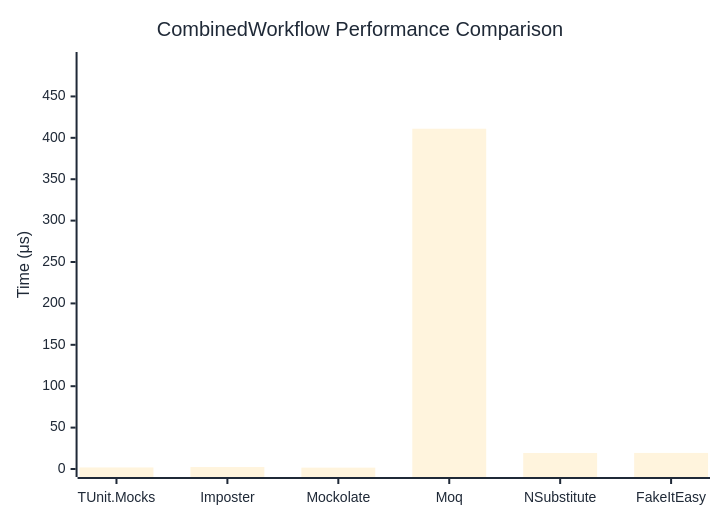
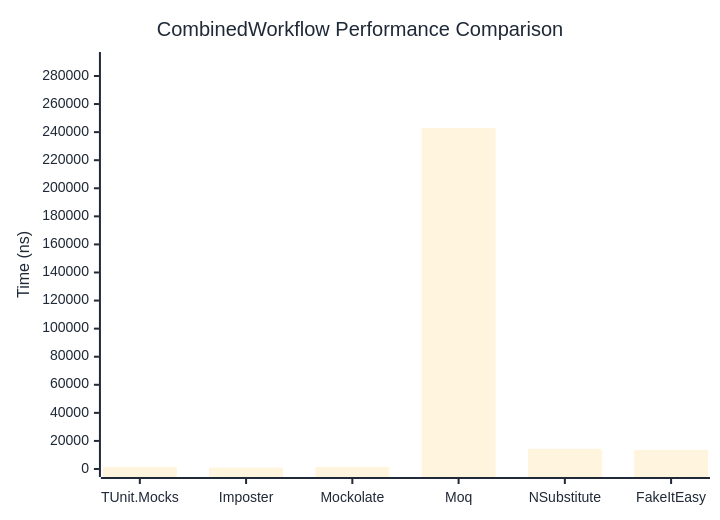
One commit to thomhurst/TUnit changed the diagram in docs/docs/benchmarks/mocks/CombinedWorkflow.md. Above: the diagram before and after it, drawn with Mermaid. The commit also changed other lines of this file and 14 other files, not shown here.

````diff
--- a/docs/docs/benchmarks/mocks/CombinedWorkflow.md
+++ b/docs/docs/benchmarks/mocks/CombinedWorkflow.md
@@ -30,27 +30,27 @@
 ```mermaid
 %%{init: {
   'theme':'base',
   'themeVariables': {
     'primaryColor': '#2563eb',
     'primaryTextColor': '#1f2937',
     'primaryBorderColor': '#1e40af',
     'lineColor': '#6b7280',
     'secondaryColor': '#7c3aed',
     'tertiaryColor': '#dc2626',
     'background': '#ffffff',
     'pie1': '#2563eb',
     'pie2': '#7c3aed',
     'pie3': '#dc2626',
     'pie4': '#f59e0b',
     'pie5': '#10b981',
     'pie6': '#06b6d4',
     'pie7': '#ec4899',
     'pie8': '#6366f1'
   }
 }}%%
 xychart-beta
   title "CombinedWorkflow Performance Comparison"
   x-axis ["TUnit.Mocks", "Imposter", "Mockolate", "Moq", "NSubstitute", "FakeItEasy"]
-  y-axis "Time (μs)" 0 --> 494
-  bar [1.857, 2.368, 1.623, 410.97, 19.293, 19.421]
+  y-axis "Time (ns)" 0 --> 291386
+  bar [1539.1, 977.2, 1418.8, 242821.2, 14373.7, 13641]
 ```
````
